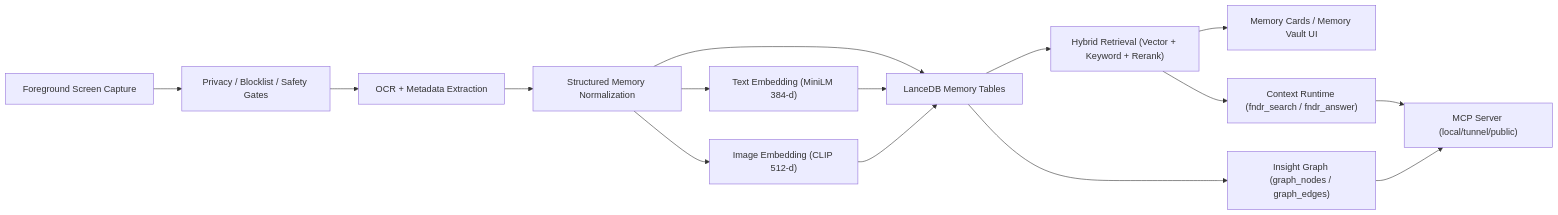
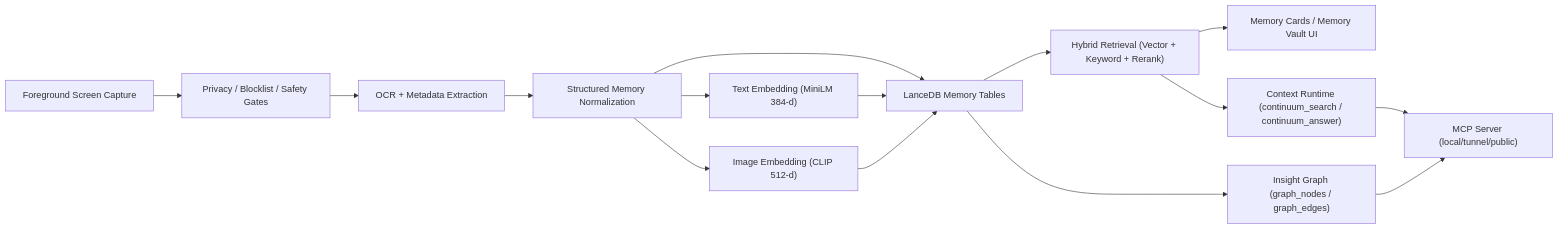
The diagram in README.md (rathodkunj2005/continuum), drawn with Mermaid before and after one commit. The commit also changed other lines of this file and 332 other files, not shown here.

Commit message:
refactor: overhaul memory graph infrastructure, companion API, and model stack implementation

````diff
--- a/README.md
+++ b/README.md
@@ -63,17 +63,17 @@
 ```mermaid
 flowchart LR
     A["Foreground Screen Capture"] --> B["Privacy / Blocklist / Safety Gates"]
     B --> C["OCR + Metadata Extraction"]
     C --> D["Structured Memory Normalization"]
     D --> E["Text Embedding (MiniLM 384-d)"]
     D --> F["Image Embedding (CLIP 512-d)"]
     D --> G["LanceDB Memory Tables"]
     E --> G
     F --> G
     G --> H["Hybrid Retrieval (Vector + Keyword + Rerank)"]
     H --> I["Memory Cards / Memory Vault UI"]
-    H --> J["Context Runtime (fndr_search / fndr_answer)"]
+    H --> J["Context Runtime (continuum_search / continuum_answer)"]
     G --> K["Insight Graph (graph_nodes / graph_edges)"]
     J --> L["MCP Server (local/tunnel/public)"]
     K --> L
 ```
````
